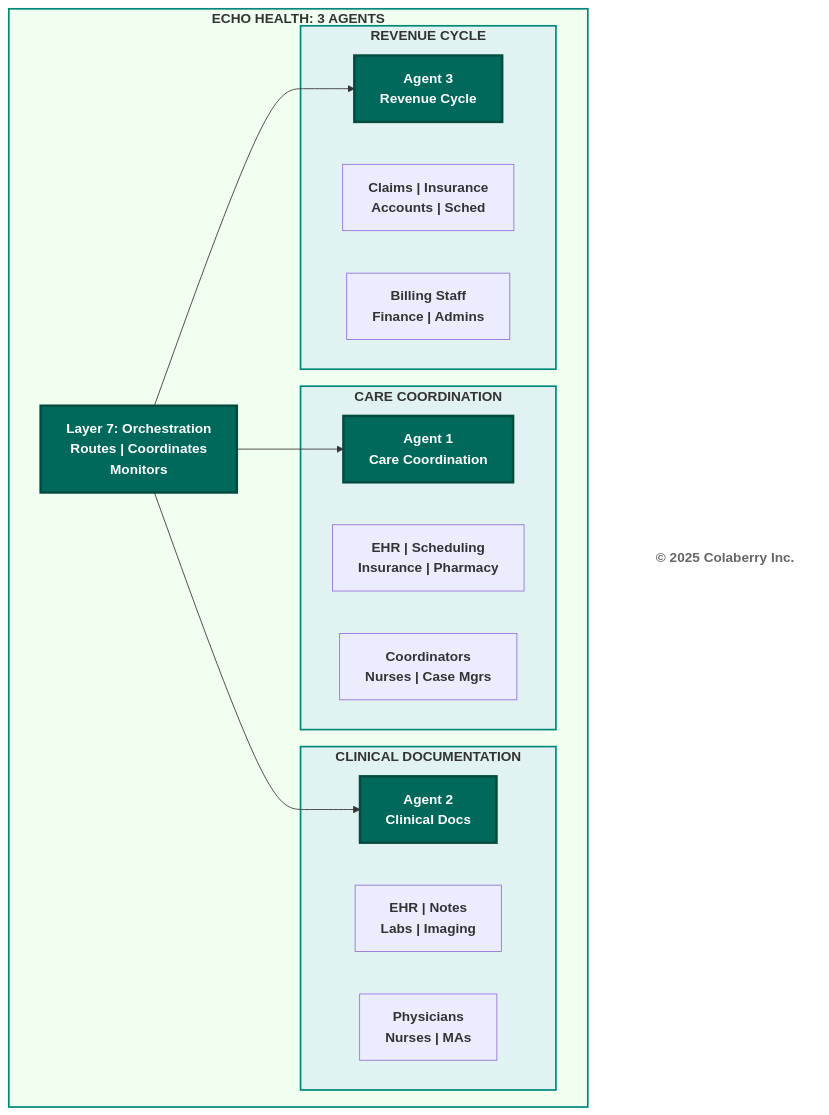
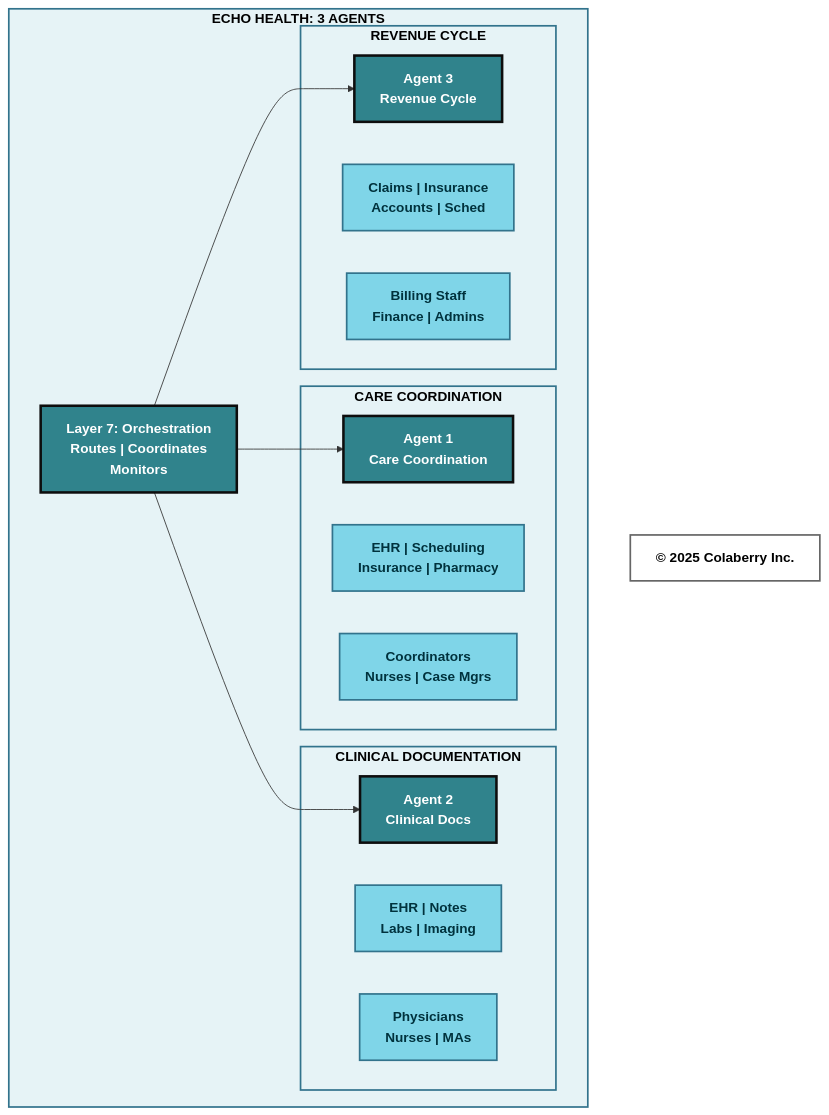
One commit to saitejesh-cyber/trust-before-intelligence-book changed the eighth of 11 diagrams in manuscript/09_chapter_8_architecture_of_trust_in_action.md. Above: the diagram before and after it, drawn with Mermaid. The commit also changed other lines of this file, not shown here.

Commit message:
Update mermaid diagrams as per new coloberry color and contrast ratio for chapter 9

````diff
--- a/manuscript/09_chapter_8_architecture_of_trust_in_action.md
+++ b/manuscript/09_chapter_8_architecture_of_trust_in_action.md
@@ -791,40 +791,46 @@
 ```mermaid
 graph TB
     subgraph AGENTS["<b>ECHO HEALTH: 3 AGENTS</b>"]
         subgraph CARE["<b>CARE COORDINATION</b>"]
             CA["<b>Agent 1</b><br/><b>Care Coordination</b>"]
             CA_DATA["<b>EHR | Scheduling</b><br/><b>Insurance | Pharmacy</b>"]
             CA_USERS["<b>Coordinators</b><br/><b>Nurses | Case Mgrs</b>"]
         end
         
         subgraph CLINICAL["<b>CLINICAL DOCUMENTATION</b>"]
             CD["<b>Agent 2</b><br/><b>Clinical Docs</b>"]
             CD_DATA["<b>EHR | Notes</b><br/><b>Labs | Imaging</b>"]
             CD_USERS["<b>Physicians</b><br/><b>Nurses | MAs</b>"]
         end
         
         subgraph REVENUE["<b>REVENUE CYCLE</b>"]
             RC["<b>Agent 3</b><br/><b>Revenue Cycle</b>"]
             RC_DATA["<b>Claims | Insurance</b><br/><b>Accounts | Sched</b>"]
             RC_USERS["<b>Billing Staff</b><br/><b>Finance | Admins</b>"]
         end
         
         ORCH["<b>Layer 7: Orchestration</b><br/><b>Routes | Coordinates <br/> Monitors</b>"]
         
         ORCH --> CA
         ORCH --> CD
         ORCH --> RC
     end
     
-    style AGENTS fill:#f0fff0,stroke:#00897b,stroke-width:2px
-    style CARE fill:#e0f2f1,stroke:#00897b,stroke-width:2px
-    style CLINICAL fill:#e0f2f1,stroke:#00897b,stroke-width:2px
-    style REVENUE fill:#e0f2f1,stroke:#00897b,stroke-width:2px
-    style CA fill:#00695c,color:#ffffff,stroke:#004d40,stroke-width:3px
-    style CD fill:#00695c,color:#ffffff,stroke:#004d40,stroke-width:3px
-    style RC fill:#00695c,color:#ffffff,stroke:#004d40,stroke-width:3px
-    style ORCH fill:#00695c,color:#ffffff,stroke:#004d40,stroke-width:3px
+    style AGENTS fill:#E6F3F6,stroke:#32738C,stroke-width:2px,color:#000000
+    style CARE fill:#E6F3F6,stroke:#32738C,stroke-width:2px,color:#000000
+    style CLINICAL fill:#E6F3F6,stroke:#32738C,stroke-width:2px,color:#000000
+    style REVENUE fill:#E6F3F6,stroke:#32738C,stroke-width:2px,color:#000000
+    style CA fill:#30838C,stroke:#0D0D0D,stroke-width:3px,color:#ffffff
+    style CD fill:#30838C,stroke:#0D0D0D,stroke-width:3px,color:#ffffff
+    style RC fill:#30838C,stroke:#0D0D0D,stroke-width:3px,color:#ffffff
+    style ORCH fill:#30838C,stroke:#0D0D0D,stroke-width:3px,color:#ffffff
+    style CA_DATA fill:#7FD5E8,stroke:#32738C,stroke-width:2px,color:#00323D
+    style CA_USERS fill:#7FD5E8,stroke:#32738C,stroke-width:2px,color:#00323D
+    style CD_DATA fill:#7FD5E8,stroke:#32738C,stroke-width:2px,color:#00323D
+    style CD_USERS fill:#7FD5E8,stroke:#32738C,stroke-width:2px,color:#00323D
+    style RC_DATA fill:#7FD5E8,stroke:#32738C,stroke-width:2px,color:#00323D
+    style RC_USERS fill:#7FD5E8,stroke:#32738C,stroke-width:2px,color:#00323D
     
     Copyright["<b>© 2025 Colaberry Inc.</b>"]
-    style Copyright fill:#ffffff,stroke:none,color:#666666
+    style Copyright fill:#ffffff,stroke:#666666,stroke-width:2px,color:#000000
 ```
````
